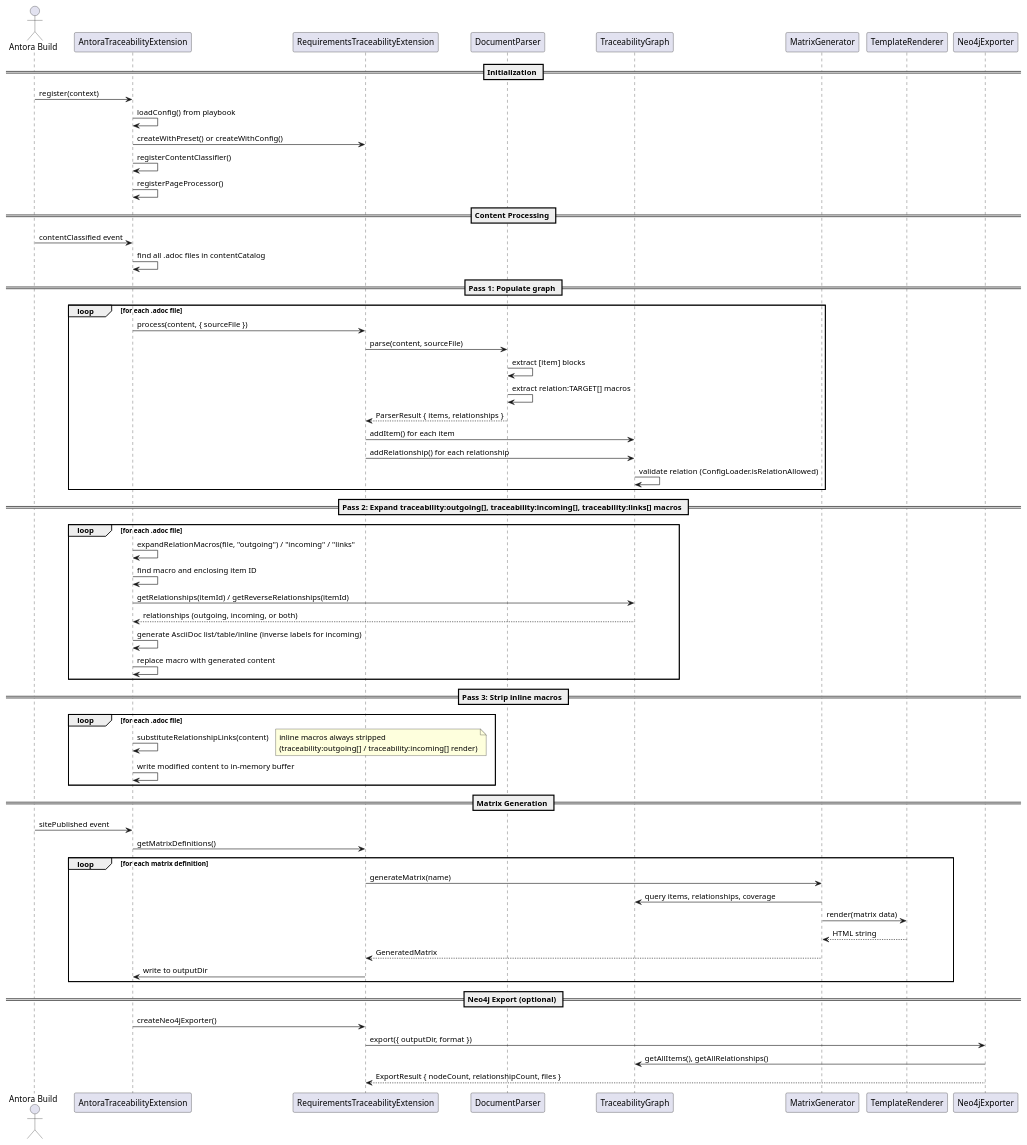
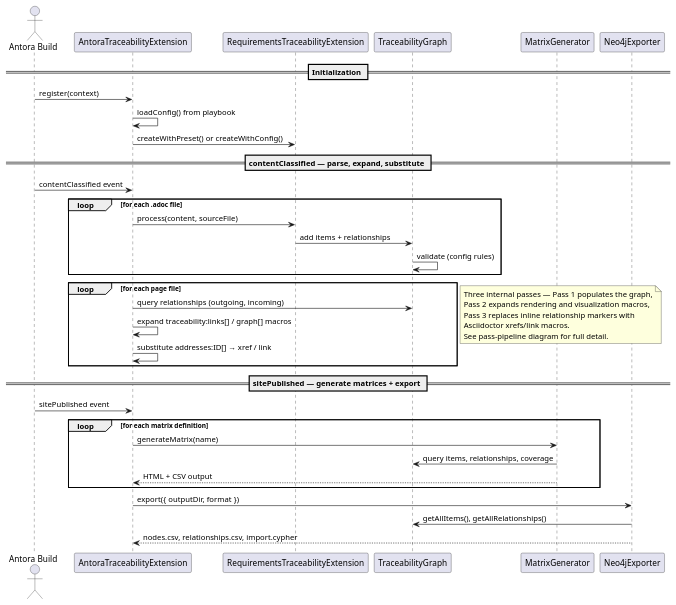
Before and after one commit to rattermeyer/antora-tracer: the diagram in examples/component-one/modules/ROOT/examples/sequence-diagram.puml, drawn with PlantUML. The commit also changed 6 other files, not shown here.

First line of the commit message:
chore(diagrams): apply architecture diagram improvements

```diff
--- a/examples/component-one/modules/ROOT/examples/sequence-diagram.puml
+++ b/examples/component-one/modules/ROOT/examples/sequence-diagram.puml
@@ -1,68 +1,52 @@
 @startuml
+' High-level Antora build flow — internal pass detail in pass-pipeline.puml
+
 actor "Antora Build" as antora
 participant "AntoraTraceabilityExtension" as antora_ext
 participant "RequirementsTraceabilityExtension" as main_ext
-participant "DocumentParser" as parser
 participant "TraceabilityGraph" as graph
 participant "MatrixGenerator" as matrix
-participant "TemplateRenderer" as templates
 participant "Neo4jExporter" as neo4j
 
 == Initialization ==
 antora -> antora_ext : register(context)
 antora_ext -> antora_ext : loadConfig() from playbook
 antora_ext -> main_ext : createWithPreset() or createWithConfig()
-antora_ext -> antora_ext : registerContentClassifier()
-antora_ext -> antora_ext : registerPageProcessor()
 
-== Content Processing ==
+== contentClassified — parse, expand, substitute ==
 antora -> antora_ext : contentClassified event
-antora_ext -> antora_ext : find all .adoc files in contentCatalog
 
-== Pass 1: Populate graph ==
 loop for each .adoc file
-  antora_ext -> main_ext : process(content, { sourceFile })
-  main_ext -> parser : parse(content, sourceFile)
-  parser -> parser : extract [item] blocks
-  parser -> parser : extract relation:TARGET[] macros
-  parser --> main_ext : ParserResult { items, relationships }
-  main_ext -> graph : addItem() for each item
-  main_ext -> graph : addRelationship() for each relationship
-  graph -> graph : validate relation (ConfigLoader.isRelationAllowed)
+  antora_ext -> main_ext : process(content, sourceFile)
+  main_ext -> graph : add items + relationships
+  graph -> graph : validate (config rules)
 end
 
-== Pass 2: Expand traceability:outgoing[], traceability:incoming[], traceability:links[] macros ==
-loop for each .adoc file
-  antora_ext -> antora_ext : expandRelationMacros(file, "outgoing") / "incoming" / "links"
-  antora_ext -> antora_ext : find macro and enclosing item ID
-  antora_ext -> graph : getRelationships(itemId) / getReverseRelationships(itemId)
-  graph --> antora_ext : relationships (outgoing, incoming, or both)
-  antora_ext -> antora_ext : generate AsciiDoc list/table/inline (inverse labels for incoming)
-  antora_ext -> antora_ext : replace macro with generated content
+loop for each page file
+  antora_ext -> graph : query relationships (outgoing, incoming)
+  antora_ext -> antora_ext : expand traceability:links[] / graph[] macros
+  antora_ext -> antora_ext : substitute addresses:ID[] → xref / link
 end
 
-== Pass 3: Strip inline macros ==
-loop for each .adoc file
-  antora_ext -> antora_ext : substituteRelationshipLinks(content)
-  note right: inline macros always stripped\n(traceability:outgoing[] / traceability:incoming[] render)
-  antora_ext -> antora_ext : write modified content to in-memory buffer
+note right
+  Three internal passes — Pass 1 populates the graph,
+  Pass 2 expands rendering and visualization macros,
+  Pass 3 replaces inline relationship markers with
+  Asciidoctor xrefs/link macros.
+  See pass-pipeline diagram for full detail.
+end note
+
+== sitePublished — generate matrices + export ==
+antora -> antora_ext : sitePublished event
+
+loop for each matrix definition
+  antora_ext -> matrix : generateMatrix(name)
+  matrix -> graph : query items, relationships, coverage
+  matrix --> antora_ext : HTML + CSV output
 end
 
-== Matrix Generation ==
-antora -> antora_ext : sitePublished event
-antora_ext -> main_ext : getMatrixDefinitions()
-loop for each matrix definition
-  main_ext -> matrix : generateMatrix(name)
-  matrix -> graph : query items, relationships, coverage
-  matrix -> templates : render(matrix data)
-  templates --> matrix : HTML string
-  matrix --> main_ext : GeneratedMatrix
-  main_ext -> antora_ext : write to outputDir
-end
+antora_ext -> neo4j : export({ outputDir, format })
+neo4j -> graph : getAllItems(), getAllRelationships()
+neo4j --> antora_ext : nodes.csv, relationships.csv, import.cypher
 
-== Neo4j Export (optional) ==
-antora_ext -> main_ext : createNeo4jExporter()
-main_ext -> neo4j : export({ outputDir, format })
-neo4j -> graph : getAllItems(), getAllRelationships()
-neo4j --> main_ext : ExportResult { nodeCount, relationshipCount, files }
 @enduml
```
